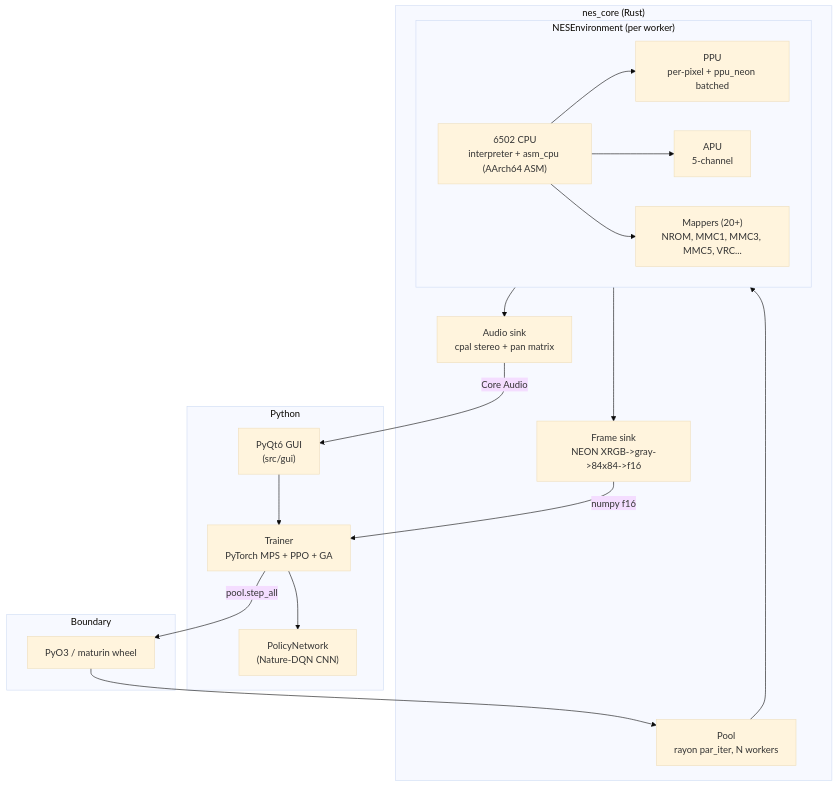
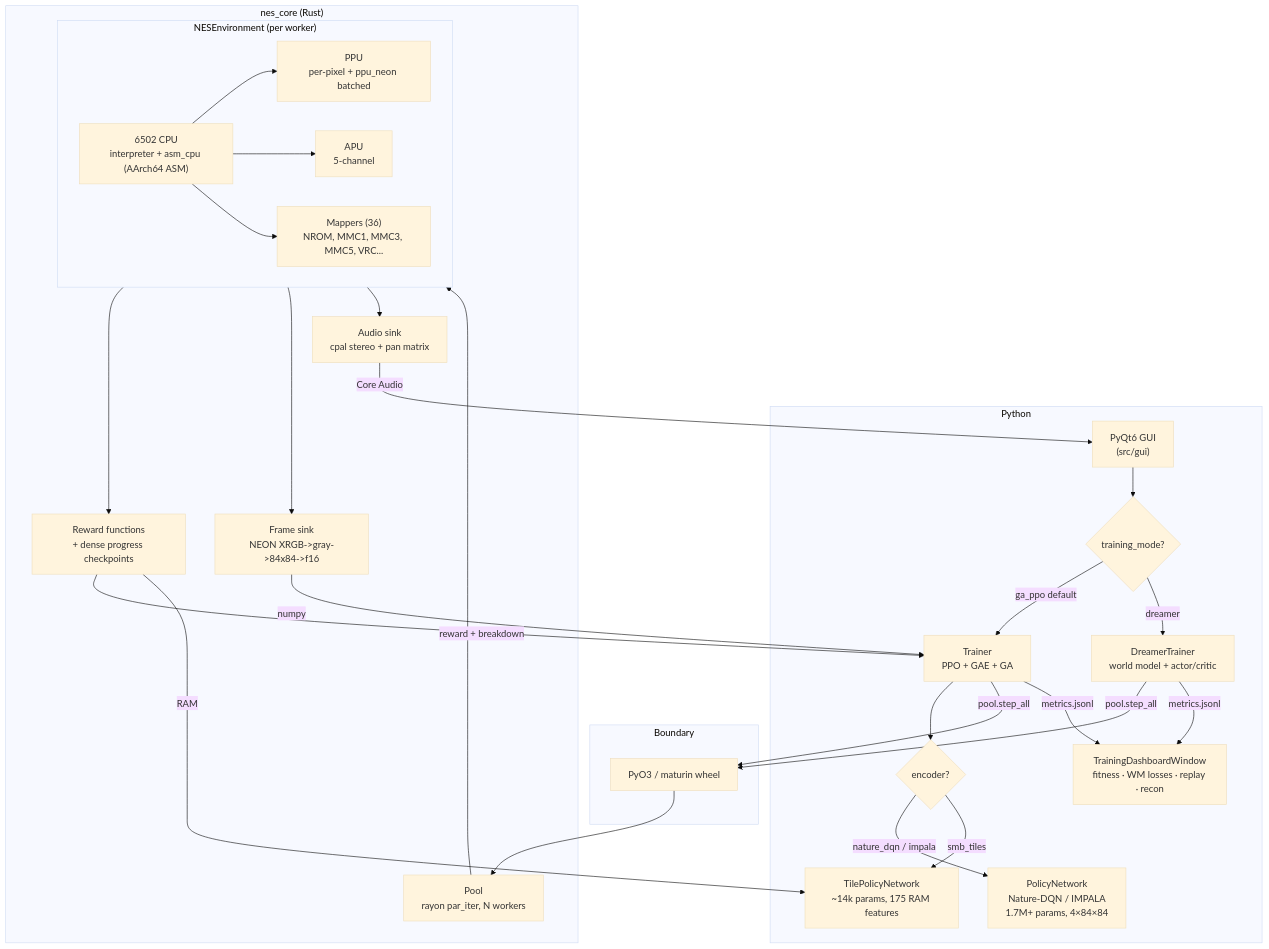
The diagram in README.md (mstits/neural-entertainment-system), drawn with Mermaid (base theme) before and after one commit. The commit also changed other lines of this file and 29 other files, not shown here.

First line of the commit message:
Training stack v0.2.0: dashboard, Dreamer scaffold, SMB tile mode

````diff
--- a/README.md
+++ b/README.md
@@ -62,37 +62,53 @@
 ```mermaid
 flowchart TB
     subgraph Python
         GUI["PyQt6 GUI<br/>(src/gui)"]
-        Trainer["Trainer<br/>PyTorch MPS + PPO + GA"]
-        PolicyNet["PolicyNetwork<br/>(Nature-DQN CNN)"]
+        Dashboard["TrainingDashboardWindow<br/>fitness · WM losses · replay · recon"]
+        TrainerSel{"training_mode?"}
+        Trainer["Trainer<br/>PPO + GAE + GA"]
+        DreamerT["DreamerTrainer<br/>world model + actor/critic"]
+        EncSel{"encoder?"}
+        CNN["PolicyNetwork<br/>Nature-DQN / IMPALA<br/>1.7M+ params, 4×84×84"]
+        Tile["TilePolicyNetwork<br/>~14k params, 175 RAM features"]
     end
 
     subgraph Boundary
         PyO3["PyO3 / maturin wheel"]
     end
 
     subgraph nes_core_Rust["nes_core (Rust)"]
         Pool["Pool<br/>rayon par_iter, N workers"]
         subgraph Worker["NESEnvironment (per worker)"]
             CPU["6502 CPU<br/>interpreter + asm_cpu (AArch64 ASM)"]
             PPU["PPU<br/>per-pixel + ppu_neon batched"]
             APU["APU<br/>5-channel"]
-            Mappers["Mappers (20+)<br/>NROM, MMC1, MMC3, MMC5, VRC..."]
+            Mappers["Mappers (36)<br/>NROM, MMC1, MMC3, MMC5, VRC..."]
         end
+        Rewards["Reward functions<br/>+ dense progress checkpoints"]
         FrameSink["Frame sink<br/>NEON XRGB->gray->84x84->f16"]
         AudioSink["Audio sink<br/>cpal stereo + pan matrix"]
     end
 
-    GUI --> Trainer
-    Trainer --> PolicyNet
+    GUI --> TrainerSel
+    TrainerSel -->|ga_ppo default| Trainer
+    TrainerSel -->|dreamer| DreamerT
+    Trainer --> EncSel
+    EncSel -->|nature_dqn / impala| CNN
+    EncSel -->|smb_tiles| Tile
     Trainer -->|pool.step_all| PyO3
+    DreamerT -->|pool.step_all| PyO3
     PyO3 --> Pool
     Pool --> Worker
+    Worker --> Rewards
     CPU --> PPU
     CPU --> APU
     CPU --> Mappers
     Worker --> FrameSink
     Worker --> AudioSink
-    FrameSink -->|numpy f16| Trainer
+    FrameSink -->|numpy| Trainer
+    Rewards -->|reward + breakdown| Trainer
+    Rewards -->|RAM| Tile
     AudioSink -->|Core Audio| GUI
+    Trainer -->|metrics.jsonl| Dashboard
+    DreamerT -->|metrics.jsonl| Dashboard
 ```
````
